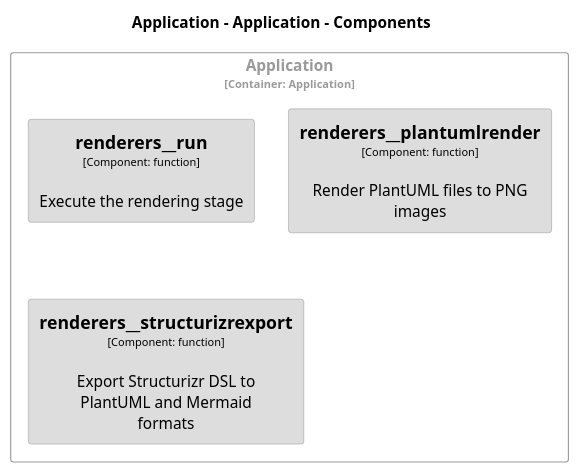
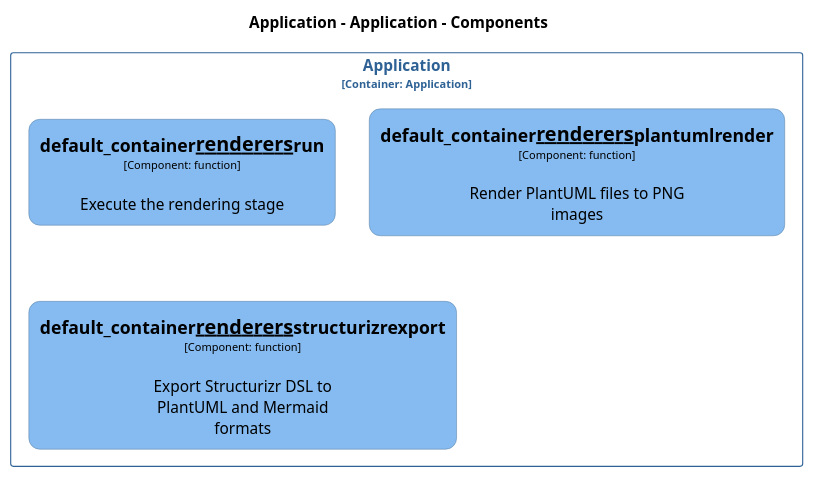
The diagram in docs/architecture/diagrams/plantuml/structurizr-Classes_default_container__renderers.puml (chrislyons-dev/archlette), drawn with PlantUML before and after one commit. The commit also changed 187 other files, not shown here.

```diff
--- a/docs/architecture/diagrams/plantuml/structurizr-Classes_default_container__renderers.puml
+++ b/docs/architecture/diagrams/plantuml/structurizr-Classes_default_container__renderers.puml
@@ -1,48 +1,52 @@
 @startuml
 set separator none
 title Application - Application - Components
 
 top to bottom direction
 skinparam ranksep 60
 skinparam nodesep 30
 
 skinparam {
   arrowFontSize 10
   defaultTextAlignment center
   wrapWidth 200
   maxMessageSize 100
+  defaultFontName "Arial"
 }
 
 hide stereotype
 
-skinparam rectangle<<Application.Application.renderers__plantumlrender>> {
-  BackgroundColor #dddddd
+skinparam rectangle<<Application.Application.default_container__renderers__plantumlrender>> {
+  BackgroundColor #85bbf0
   FontColor #000000
-  BorderColor #9a9a9a
+  BorderColor #5d82a8
+  roundCorner 20
   shadowing false
 }
-skinparam rectangle<<Application.Application.renderers__run>> {
-  BackgroundColor #dddddd
+skinparam rectangle<<Application.Application.default_container__renderers__run>> {
+  BackgroundColor #85bbf0
   FontColor #000000
-  BorderColor #9a9a9a
+  BorderColor #5d82a8
+  roundCorner 20
   shadowing false
 }
-skinparam rectangle<<Application.Application.renderers__structurizrexport>> {
-  BackgroundColor #dddddd
+skinparam rectangle<<Application.Application.default_container__renderers__structurizrexport>> {
+  BackgroundColor #85bbf0
   FontColor #000000
-  BorderColor #9a9a9a
+  BorderColor #5d82a8
+  roundCorner 20
   shadowing false
 }
 skinparam rectangle<<Application.Application>> {
-  BorderColor #9a9a9a
-  FontColor #9a9a9a
+  BorderColor #2e6295
+  FontColor #2e6295
   shadowing false
 }
 
 rectangle "Application\n<size:10>[Container: Application]</size>" <<Application.Application>> {
-  rectangle "==renderers__run\n<size:10>[Component: function]</size>\n\nExecute the rendering stage" <<Application.Application.renderers__run>> as Application.Application.renderers__run
-  rectangle "==renderers__plantumlrender\n<size:10>[Component: function]</size>\n\nRender PlantUML files to PNG images" <<Application.Application.renderers__plantumlrender>> as Application.Application.renderers__plantumlrender
-  rectangle "==renderers__structurizrexport\n<size:10>[Component: function]</size>\n\nExport Structurizr DSL to PlantUML and Mermaid formats" <<Application.Application.renderers__structurizrexport>> as Application.Application.renderers__structurizrexport
+  rectangle "==default_container__renderers__run\n<size:10>[Component: function]</size>\n\nExecute the rendering stage" <<Application.Application.default_container__renderers__run>> as Application.Application.default_container__renderers__run
+  rectangle "==default_container__renderers__plantumlrender\n<size:10>[Component: function]</size>\n\nRender PlantUML files to PNG images" <<Application.Application.default_container__renderers__plantumlrender>> as Application.Application.default_container__renderers__plantumlrender
+  rectangle "==default_container__renderers__structurizrexport\n<size:10>[Component: function]</size>\n\nExport Structurizr DSL to PlantUML and Mermaid formats" <<Application.Application.default_container__renderers__structurizrexport>> as Application.Application.default_container__renderers__structurizrexport
 }
 
 @enduml
```
